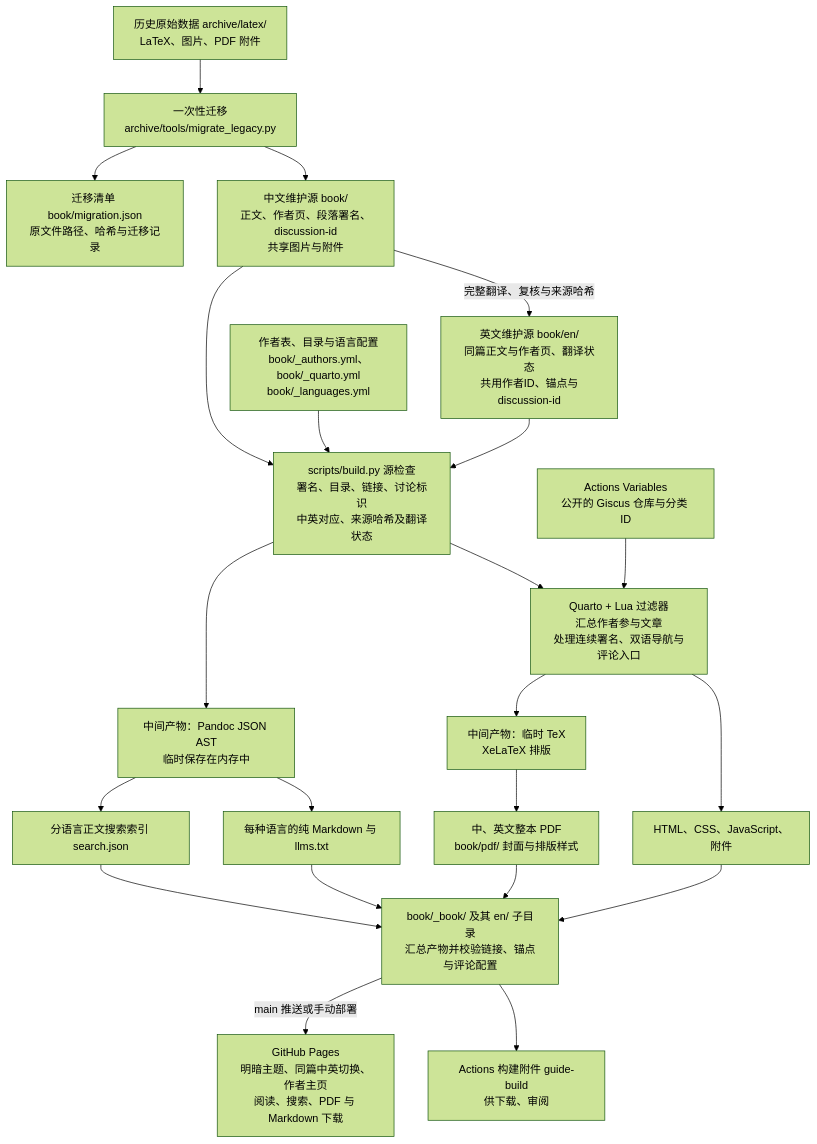
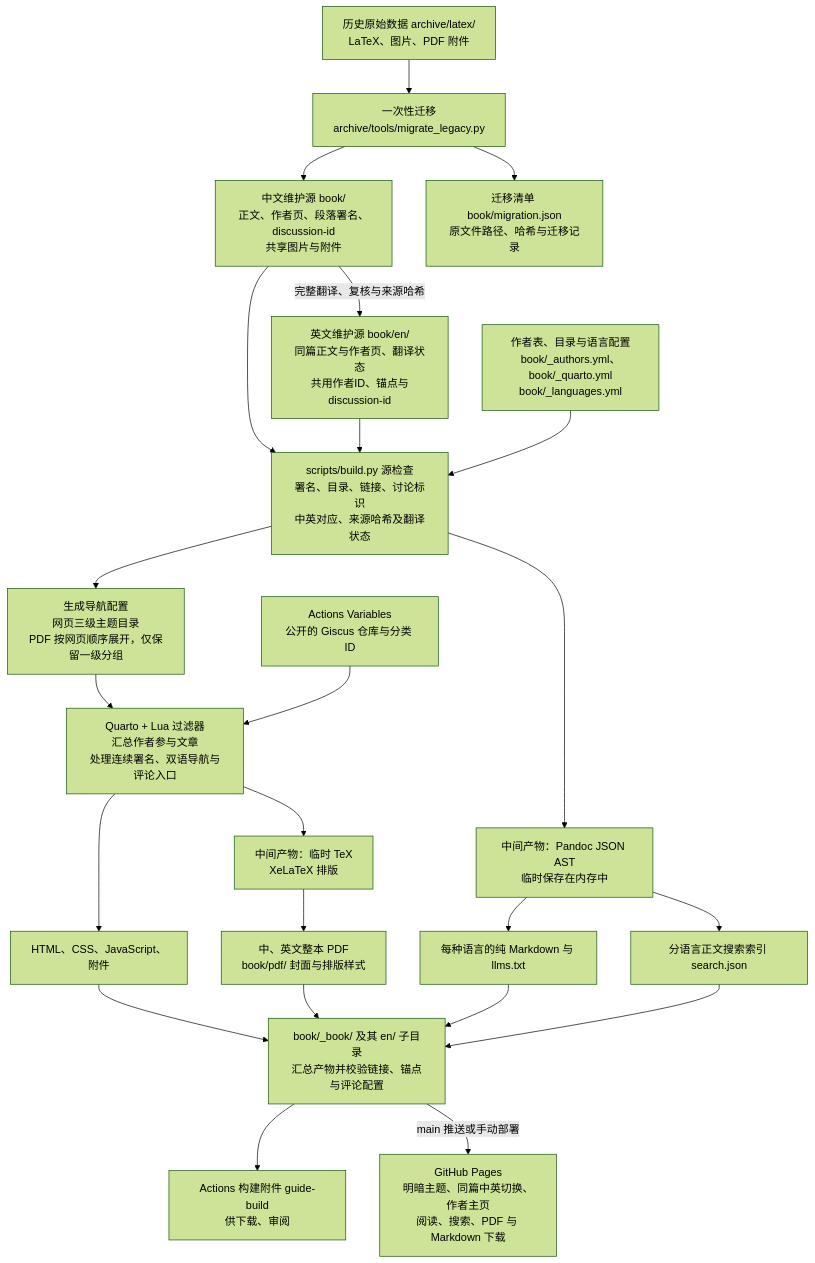
The first of 2 diagrams in docs/data-flow.md (xp-pgrs-unofficial-guide/xp_pgrs_unofficial_guide), drawn with Mermaid (forest theme) before and after one commit. The commit also changed other lines of this file and 162 other files, not shown here.

````diff
--- a/docs/data-flow.md
+++ b/docs/data-flow.md
@@ -9,32 +9,33 @@
 ```mermaid
 flowchart TD
     OLD["历史原始数据 archive/latex/<br/>LaTeX、图片、PDF 附件"]
     OLD --> MIG["一次性迁移<br/>archive/tools/migrate_legacy.py"]
     MIG --> SRC["中文维护源 book/<br/>正文、作者页、段落署名、discussion-id<br/>共享图片与附件"]
     SRC -->|"完整翻译、复核与来源哈希"| EN["英文维护源 book/en/<br/>同篇正文与作者页、翻译状态<br/>共用作者ID、锚点与discussion-id"]
     MIG --> MAN["迁移清单 book/migration.json<br/>原文件路径、哈希与迁移记录"]
 
     META["作者表、目录与语言配置<br/>book/_authors.yml、book/_quarto.yml<br/>book/_languages.yml"]
     SRC --> CHECK["scripts/build.py 源检查<br/>署名、目录、链接、讨论标识<br/>中英对应、来源哈希及翻译状态"]
     EN --> CHECK
     META --> CHECK
 
-    CHECK --> RENDER["Quarto + Lua 过滤器<br/>汇总作者参与文章<br/>处理连续署名、双语导航与评论入口"]
+    CHECK --> NAV["生成导航配置<br/>网页三级主题目录<br/>PDF 按网页顺序展开，仅保留一级分组"]
+    NAV --> RENDER["Quarto + Lua 过滤器<br/>汇总作者参与文章<br/>处理连续署名、双语导航与评论入口"]
     VARS["Actions Variables<br/>公开的 Giscus 仓库与分类 ID"] --> RENDER
 
     RENDER --> HTML["HTML、CSS、JavaScript、附件"]
     RENDER --> TEX["中间产物：临时 TeX<br/>XeLaTeX 排版"]
     TEX --> PDF["中、英文整本 PDF<br/>book/pdf/ 封面与排版样式"]
 
     CHECK --> AST["中间产物：Pandoc JSON AST<br/>临时保存在内存中"]
     AST --> MD["每种语言的纯 Markdown 与 llms.txt"]
     AST --> SEARCH["分语言正文搜索索引 search.json"]
 
     HTML --> OUT["book/_book/ 及其 en/ 子目录<br/>汇总产物并校验链接、锚点与评论配置"]
     PDF --> OUT
     MD --> OUT
     SEARCH --> OUT
 
     OUT --> ART["Actions 构建附件 guide-build<br/>供下载、审阅"]
     OUT -->|"main 推送或手动部署"| PAGES["GitHub Pages<br/>明暗主题、同篇中英切换、作者主页<br/>阅读、搜索、PDF 与 Markdown 下载"]
 ```
````
